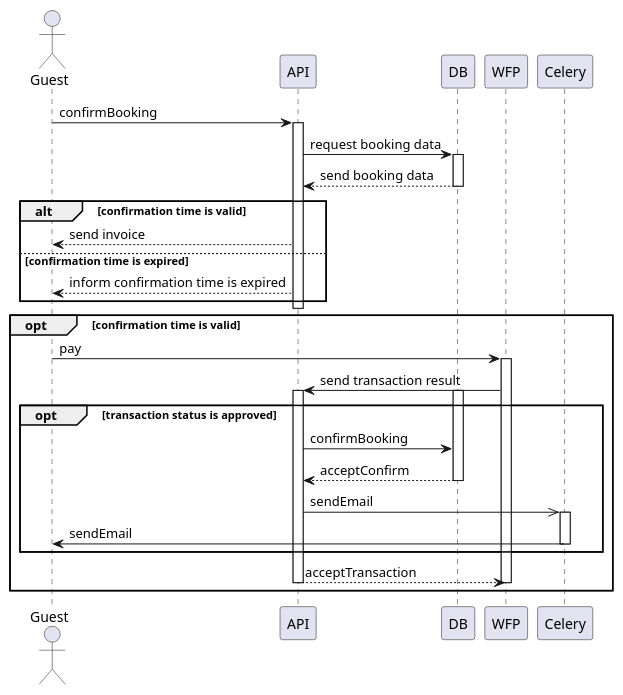
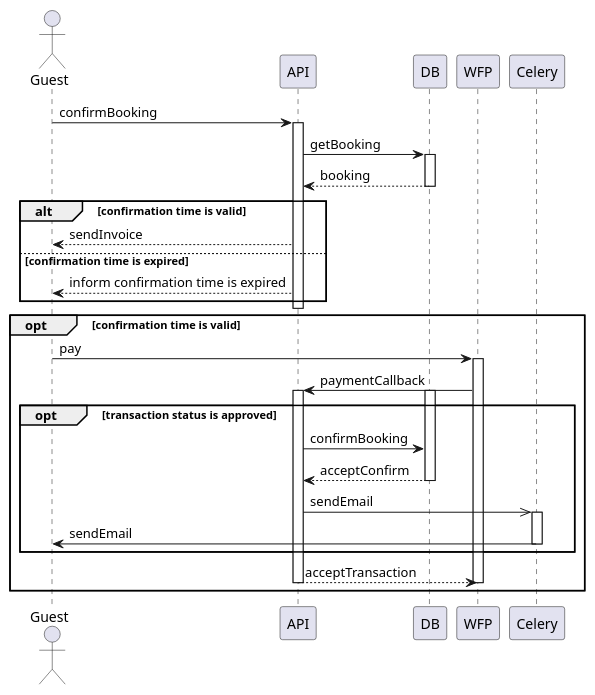
Before and after one commit to opvlad/kpi-mavpz: the diagram in lab3/sequence-1.md, drawn with PlantUML. The commit also changed 2 other files, not shown here.

Commit message:
fix: callss labels replaced with func name

````diff
--- a/lab3/sequence-1.md
+++ b/lab3/sequence-1.md
@@ -2,42 +2,42 @@
 ```plantuml
 @startuml
 
 actor Guest as guest
 
 guest -> API : confirmBooking
 
 activate API
-API -> DB : request booking data
+API -> DB : getBooking
 activate DB
-DB --> API : send booking data
+DB --> API : booking
 deactivate DB
 
 alt confirmation time is valid
-API --> guest : send invoice
+API --> guest : sendInvoice
 else confirmation time is expired
 API --> guest : inform confirmation time is expired
 end
 deactivate API
 
 opt confirmation time is valid
 guest -> WFP : pay
 activate WFP
-WFP -> API : send transaction result
+WFP -> API : paymentCallback
 activate API
 opt transaction status is approved
 activate DB
 API -> DB : confirmBooking
 DB --> API : acceptConfirm
 deactivate DB
 API ->> Celery : sendEmail
 activate Celery
 Celery -> guest : sendEmail
 deactivate Celery
 end
 API --> WFP : acceptTransaction
 deactivate WFP
 deactivate API
 end
 
 @enduml
 ```
````
